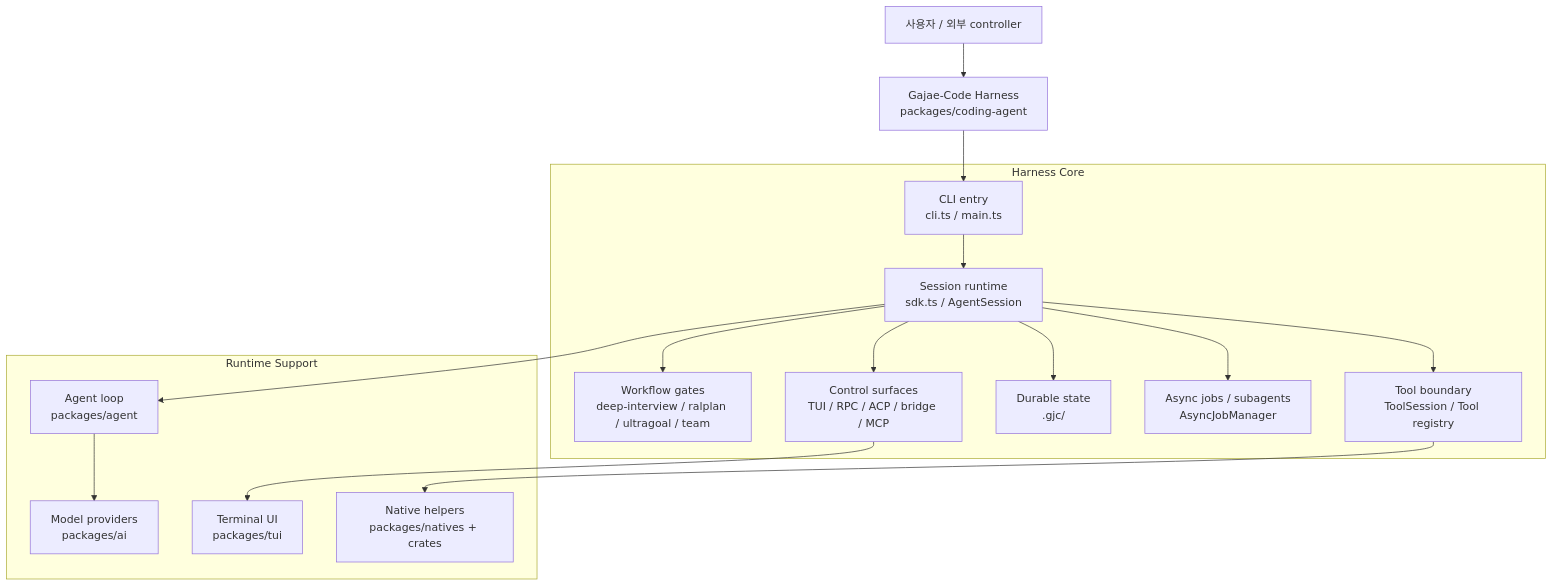
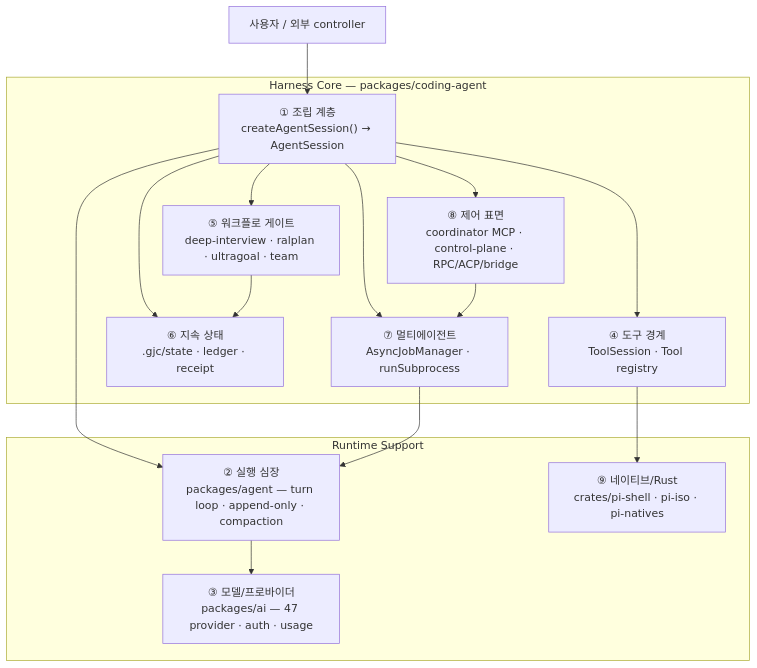
The first of 7 diagrams in part7_opensource/gajae-code/AI_AGENT_HARNESS_VIEW.md (HyunjunJeon/fastcampus-harness-engineering-course), drawn with Mermaid before and after one commit. The commit also changed other lines of this file and 2 other files, not shown here.

````diff
--- a/part7_opensource/gajae-code/AI_AGENT_HARNESS_VIEW.md
+++ b/part7_opensource/gajae-code/AI_AGENT_HARNESS_VIEW.md
@@ -39,33 +64,27 @@
 ```mermaid
 flowchart TD
-  User["사용자 / 외부 controller"] --> Harness["Gajae-Code Harness<br/>packages/coding-agent"]
+  User["사용자 / 외부 controller"] --> Assembly
 
-  subgraph HarnessCore["Harness Core"]
-    CLI["CLI entry<br/>cli.ts / main.ts"]
-    Session["Session runtime<br/>sdk.ts / AgentSession"]
-    Workflow["Workflow gates<br/>deep-interview / ralplan / ultragoal / team"]
-    Tools["Tool boundary<br/>ToolSession / Tool registry"]
-    State["Durable state<br/>.gjc/"]
-    Jobs["Async jobs / subagents<br/>AsyncJobManager"]
-    Modes["Control surfaces<br/>TUI / RPC / ACP / bridge / MCP"]
+  subgraph HarnessCore["Harness Core — packages/coding-agent"]
+    Assembly["① 조립 계층<br/>createAgentSession() → AgentSession"]
+    Tools["④ 도구 경계<br/>ToolSession · Tool registry"]
+    Gates["⑤ 워크플로 게이트<br/>deep-interview · ralplan · ultragoal · team"]
+    State["⑥ 지속 상태<br/>.gjc/state · ledger · receipt"]
+    Multi["⑦ 멀티에이전트<br/>AsyncJobManager · runSubprocess"]
+    Coord["⑧ 제어 표면<br/>coordinator MCP · control-plane · RPC/ACP/bridge"]
   end
 
-  subgraph RuntimeSupport["Runtime Support"]
-    AgentCore["Agent loop<br/>packages/agent"]
-    Providers["Model providers<br/>packages/ai"]
-    TUI["Terminal UI<br/>packages/tui"]
-    Native["Native helpers<br/>packages/natives + crates"]
+  subgraph Support["Runtime Support"]
+    Core["② 실행 심장<br/>packages/agent — turn loop · append-only · compaction"]
+    Model["③ 모델/프로바이더<br/>packages/ai — 47 provider · auth · usage"]
+    Native["⑨ 네이티브/Rust<br/>crates/pi-shell · pi-iso · pi-natives"]
   end
 
-  Harness --> CLI
-  CLI --> Session
-  Session --> Workflow
-  Session --> Tools
-  Session --> State
-  Session --> Jobs
-  Session --> Modes
-  Session --> AgentCore
-  AgentCore --> Providers
-  Modes --> TUI
+  Assembly --> Tools & Gates & State & Multi & Coord
+  Assembly --> Core
+  Core --> Model
   Tools --> Native
+  Gates --> State
+  Multi --> Core
+  Coord --> Multi
 ```
````
